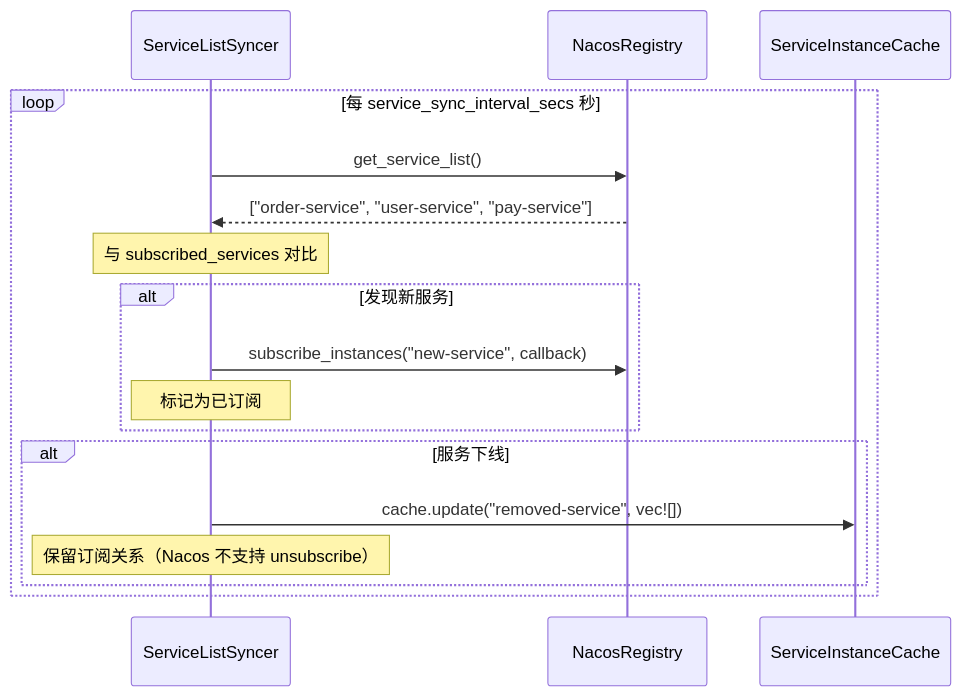
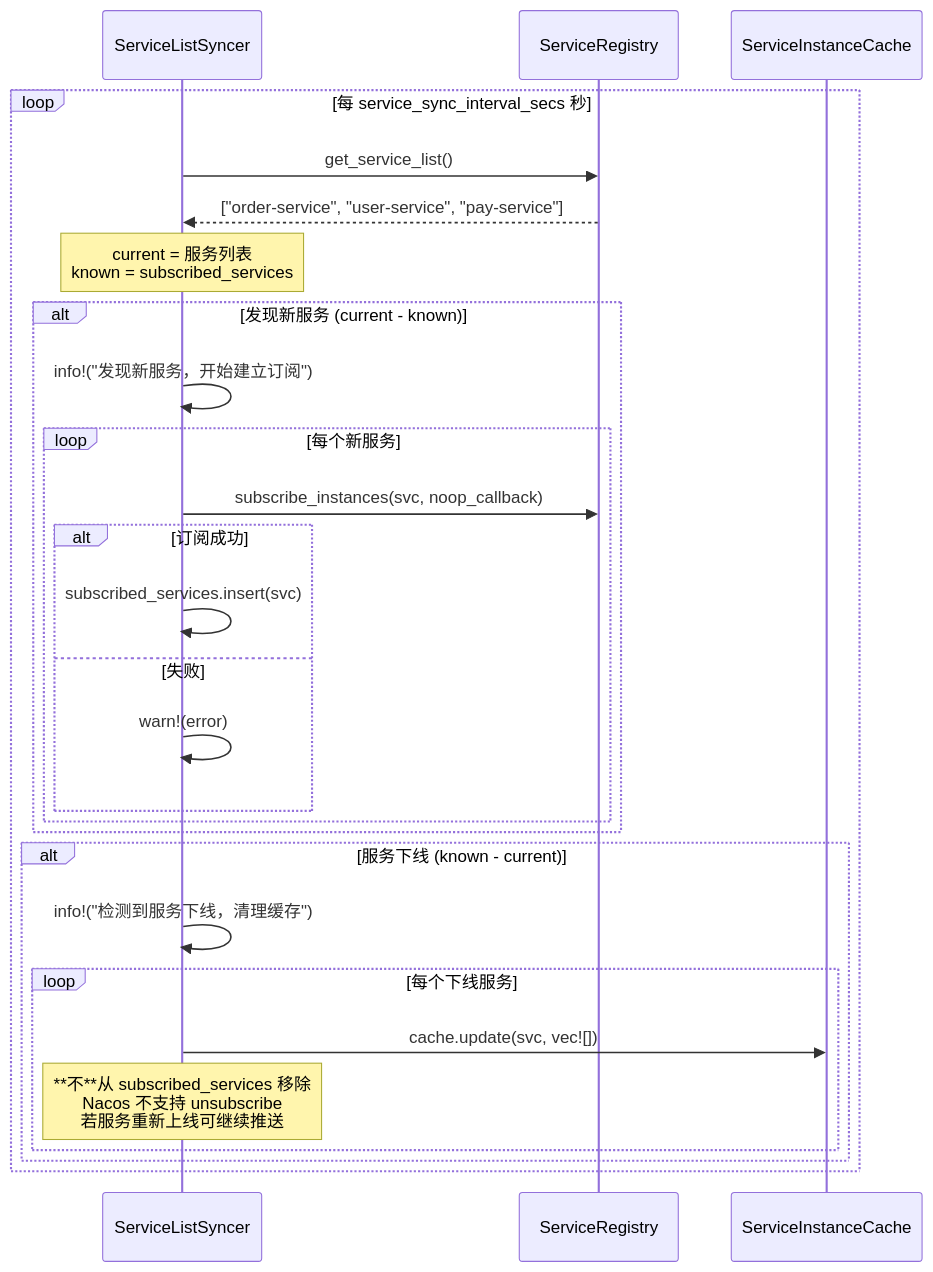
One commit to warpdrivelabs/cmx-container changed the fifth of 11 diagrams in .trae/documents/RPC架构流程详解.md. Above: the diagram before and after it, drawn with Mermaid. The commit also changed other lines of this file and 2 other files, not shown here.

````diff
--- a/.trae/documents/RPC架构流程详解.md
+++ b/.trae/documents/RPC架构流程详解.md
@@ -182,23 +274,33 @@
 ```mermaid
 sequenceDiagram
     participant Syncer as ServiceListSyncer
-    participant Registry as NacosRegistry
+    participant Registry as ServiceRegistry
     participant Cache as ServiceInstanceCache
 
     loop 每 service_sync_interval_secs 秒
         Syncer->>Registry: get_service_list()
         Registry-->>Syncer: ["order-service", "user-service", "pay-service"]
 
-        Note over Syncer: 与 subscribed_services 对比
+        Note over Syncer: current = 服务列表<br/>known = subscribed_services
 
-        alt 发现新服务
-            Syncer->>Registry: subscribe_instances("new-service", callback)
-            Note over Syncer: 标记为已订阅
+        alt 发现新服务 (current - known)
+            Syncer->>Syncer: info!("发现新服务，开始建立订阅")
+            loop 每个新服务
+                Syncer->>Registry: subscribe_instances(svc, noop_callback)
+                alt 订阅成功
+                    Syncer->>Syncer: subscribed_services.insert(svc)
+                else 失败
+                    Syncer->>Syncer: warn!(error)
+                end
+            end
         end
 
-        alt 服务下线
-            Syncer->>Cache: cache.update("removed-service", vec![])
-            Note over Syncer: 保留订阅关系（Nacos 不支持 unsubscribe）
+        alt 服务下线 (known - current)
+            Syncer->>Syncer: info!("检测到服务下线，清理缓存")
+            loop 每个下线服务
+                Syncer->>Cache: cache.update(svc, vec![])
+                Note over Syncer: **不**从 subscribed_services 移除<br/>Nacos 不支持 unsubscribe<br/>若服务重新上线可继续推送
+            end
         end
     end
 ```
````
